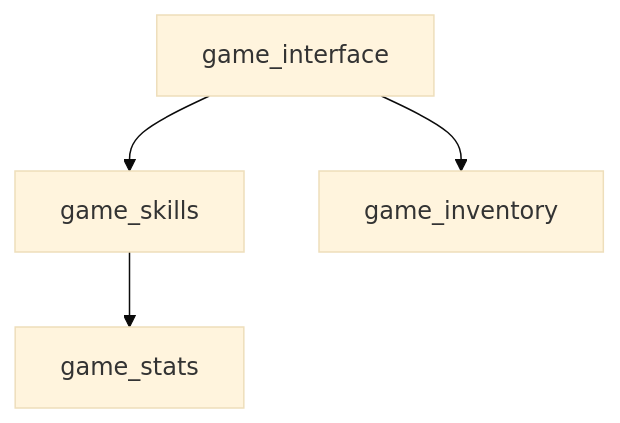
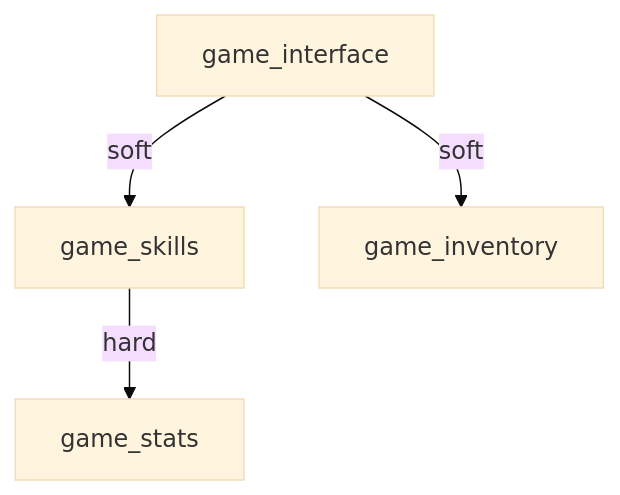
Before and after one commit to lukaszj321/otcv8-dev: the second of 2 diagrams in docs/authoring/_sources/chapter_12_otmod_docs_export_kit_authoring_agent_ready.md, drawn with Mermaid (base theme). The commit also changed other lines of this file, not shown here.

````diff
--- a/docs/authoring/_sources/chapter_12_otmod_docs_export_kit_authoring_agent_ready.md
+++ b/docs/authoring/_sources/chapter_12_otmod_docs_export_kit_authoring_agent_ready.md
@@ -600,6 +466,6 @@
 ```mermaid
 graph TD
-  A[game_interface] --> B[game_skills]
-  A --> C[game_inventory]
-  B --> D[game_stats]
+  A[game_interface] -->|soft| B[game_skills]
+  A -->|soft| C[game_inventory]
+  B -->|hard| D[game_stats]
 ```
````
